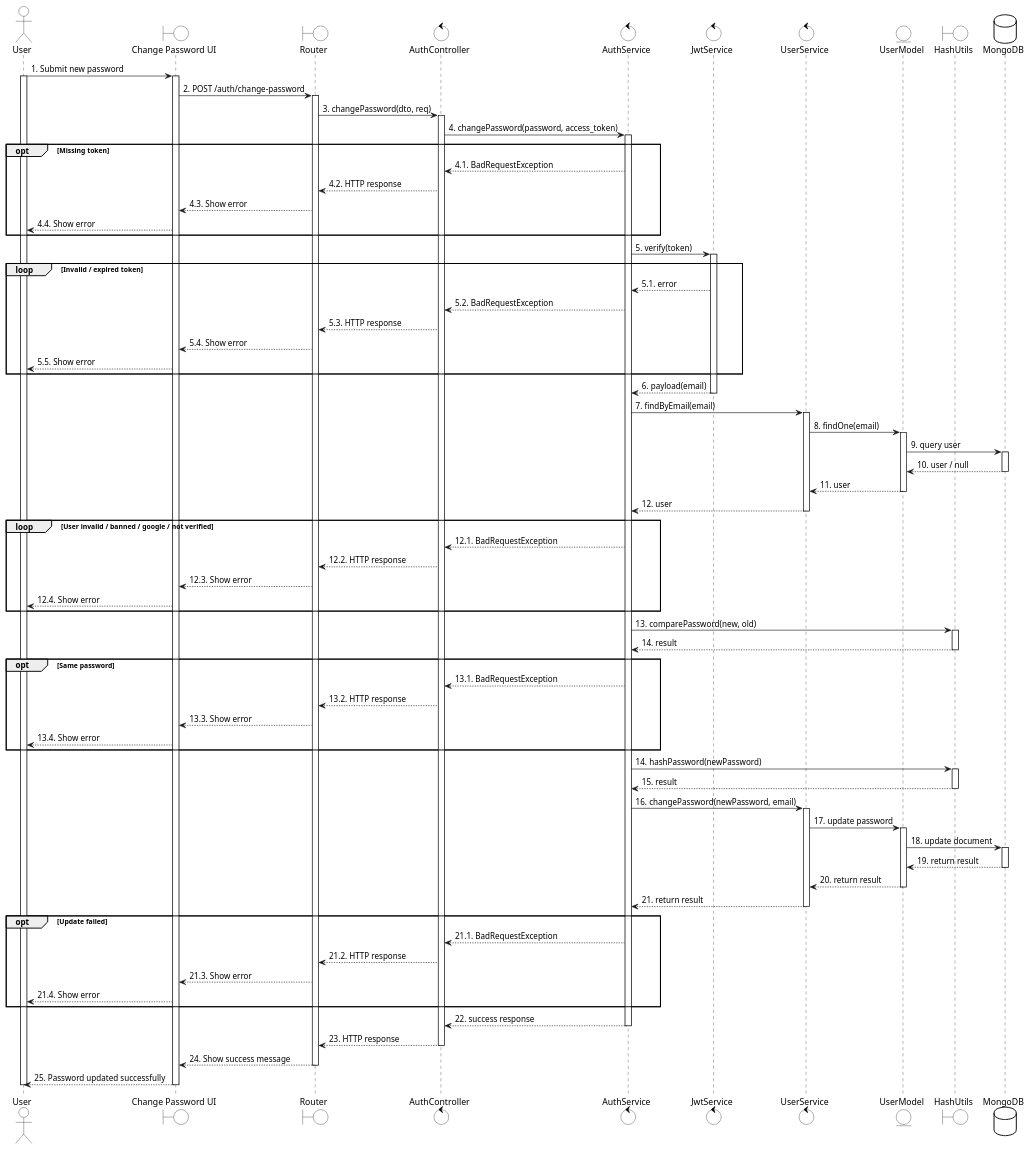
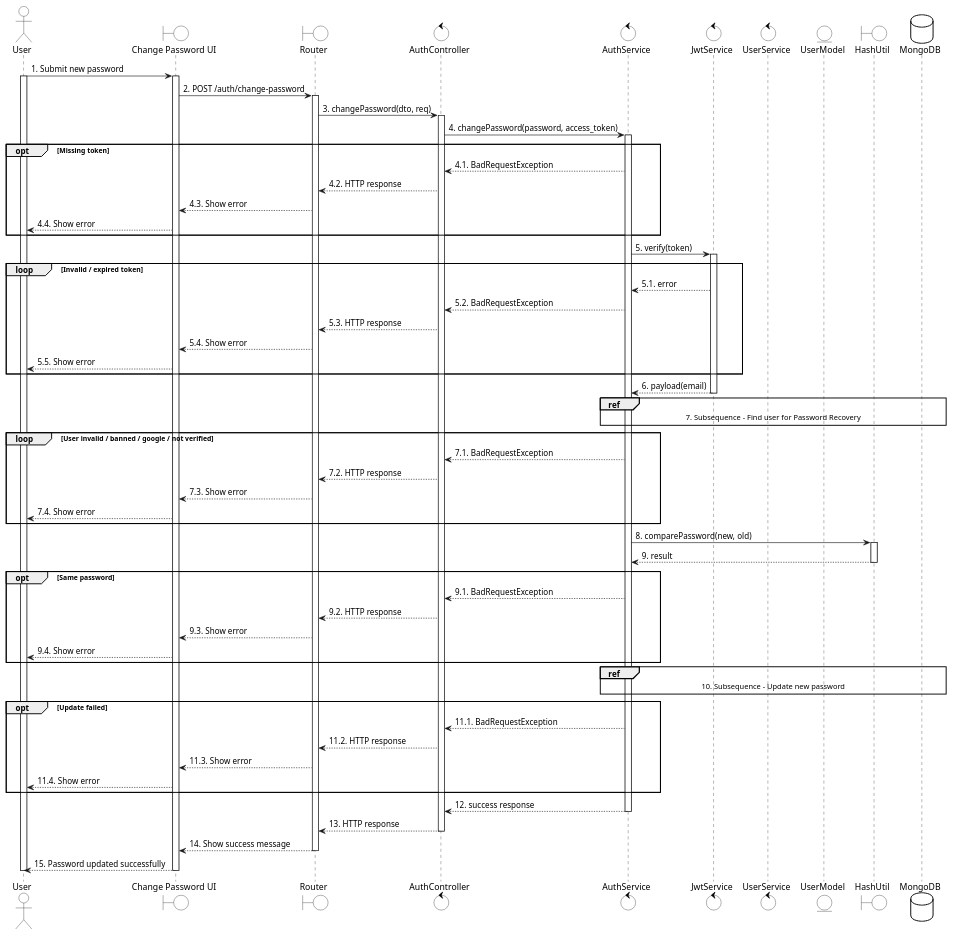
One commit to LGK1412/sequence_sep490_01 changed the diagram in uc8 - Password Change.wsd. Above: the diagram before and after it, drawn with PlantUML. The commit also changed 159 other files, not shown here.

Commit message:
Update subsequence

```diff
--- a/uc8 - Password Change.wsd
+++ b/uc8 - Password Change.wsd
@@ -1,128 +1,105 @@
 @startuml
 skinparam {
     ActorBackgroundColor #FFFFFF
     BoundaryBackgroundColor #FFFFFF
     ControlBackgroundColor #FFFFFF
     EntityBackgroundColor #FFFFFF
     DatabaseBackgroundColor #FFFFFF
 
     ActorBorderColor black
     BoundaryBorderColor black
     ControlBorderColor black
     EntityBorderColor black
     DatabaseBorderColor black
 }
 
 actor User
 boundary "Change Password UI" as UI
 boundary Router
 control AuthController
 control AuthService
 control JwtService
 control UserService
 entity UserModel
-boundary HashUtils
+boundary HashUtil
 database MongoDB
 
 User -> UI: 1. Submit new password
 activate User
 activate UI
 
 UI -> Router: 2. POST /auth/change-password
 activate Router
 
 Router -> AuthController: 3. changePassword(dto, req)
 activate AuthController
 
 AuthController -> AuthService: 4. changePassword(password, access_token)
 activate AuthService
 
 opt Missing token
     AuthService --> AuthController: 4.1. BadRequestException
     AuthController --> Router: 4.2. HTTP response
     Router --> UI: 4.3. Show error
     UI --> User: 4.4. Show error
 end
 
 AuthService -> JwtService: 5. verify(token)
 activate JwtService
 
 loop Invalid / expired token
     JwtService --> AuthService: 5.1. error
     AuthService --> AuthController: 5.2. BadRequestException
     AuthController --> Router: 5.3. HTTP response
     Router --> UI: 5.4. Show error
     UI --> User: 5.5. Show error
 end
 
 JwtService --> AuthService: 6. payload(email)
 deactivate JwtService
 
-AuthService -> UserService: 7. findByEmail(email)
-activate UserService
-UserService -> UserModel: 8. findOne(email)
-activate UserModel
-UserModel -> MongoDB: 9. query user
-activate MongoDB
-MongoDB --> UserModel: 10. user / null
-deactivate MongoDB
-UserModel --> UserService: 11. user
-deactivate UserModel
-UserService --> AuthService: 12. user
-deactivate UserService
+ref over AuthService, UserService, UserModel, MongoDB
+    7. Subsequence - Find user for Password Recovery
+end ref
 
 loop User invalid / banned / google / not verified
-    AuthService --> AuthController: 12.1. BadRequestException
-    AuthController --> Router: 12.2. HTTP response
-    Router --> UI: 12.3. Show error
-    UI --> User: 12.4. Show error
+    AuthService --> AuthController: 7.1. BadRequestException
+    AuthController --> Router: 7.2. HTTP response
+    Router --> UI: 7.3. Show error
+    UI --> User: 7.4. Show error
 end
 
-AuthService -> HashUtils: 13. comparePassword(new, old)
-activate HashUtils
-HashUtils --> AuthService: 14. result
-deactivate HashUtils
+AuthService -> HashUtil: 8. comparePassword(new, old)
+activate HashUtil
+HashUtil --> AuthService: 9. result
+deactivate HashUtil
 
 opt Same password
-    AuthService --> AuthController: 13.1. BadRequestException
-    AuthController --> Router: 13.2. HTTP response
-    Router --> UI: 13.3. Show error
-    UI --> User: 13.4. Show error
+    AuthService --> AuthController: 9.1. BadRequestException
+    AuthController --> Router: 9.2. HTTP response
+    Router --> UI: 9.3. Show error
+    UI --> User: 9.4. Show error
 end
 
-AuthService -> HashUtils: 14. hashPassword(newPassword)
-activate HashUtils
-HashUtils --> AuthService: 15. result
-deactivate HashUtils
-
-AuthService -> UserService: 16. changePassword(newPassword, email)
-activate UserService
-UserService -> UserModel: 17. update password
-activate UserModel
-UserModel -> MongoDB: 18. update document
-activate MongoDB
-MongoDB --> UserModel: 19. return result
-deactivate MongoDB
-UserModel --> UserService: 20. return result
-deactivate UserModel
-UserService --> AuthService: 21. return result
-deactivate UserService
+ref over AuthService, UserService, HashUtil, UserModel, MongoDB
+    10. Subsequence - Update new password
+end ref
 
 opt Update failed
-    AuthService --> AuthController: 21.1. BadRequestException
-    AuthController --> Router: 21.2. HTTP response
-    Router --> UI: 21.3. Show error
-    UI --> User: 21.4. Show error
+    AuthService --> AuthController: 11.1. BadRequestException
+    AuthController --> Router: 11.2. HTTP response
+    Router --> UI: 11.3. Show error
+    UI --> User: 11.4. Show error
 end
 
-AuthService --> AuthController: 22. success response
+AuthService --> AuthController: 12. success response
 deactivate AuthService
 
-AuthController --> Router: 23. HTTP response
+AuthController --> Router: 13. HTTP response
 deactivate AuthController
-Router --> UI: 24. Show success message
+Router --> UI: 14. Show success message
 deactivate Router
-UI --> User: 25. Password updated successfully
+UI --> User: 15. Password updated successfully
 deactivate UI
 deactivate User
 @enduml
```
